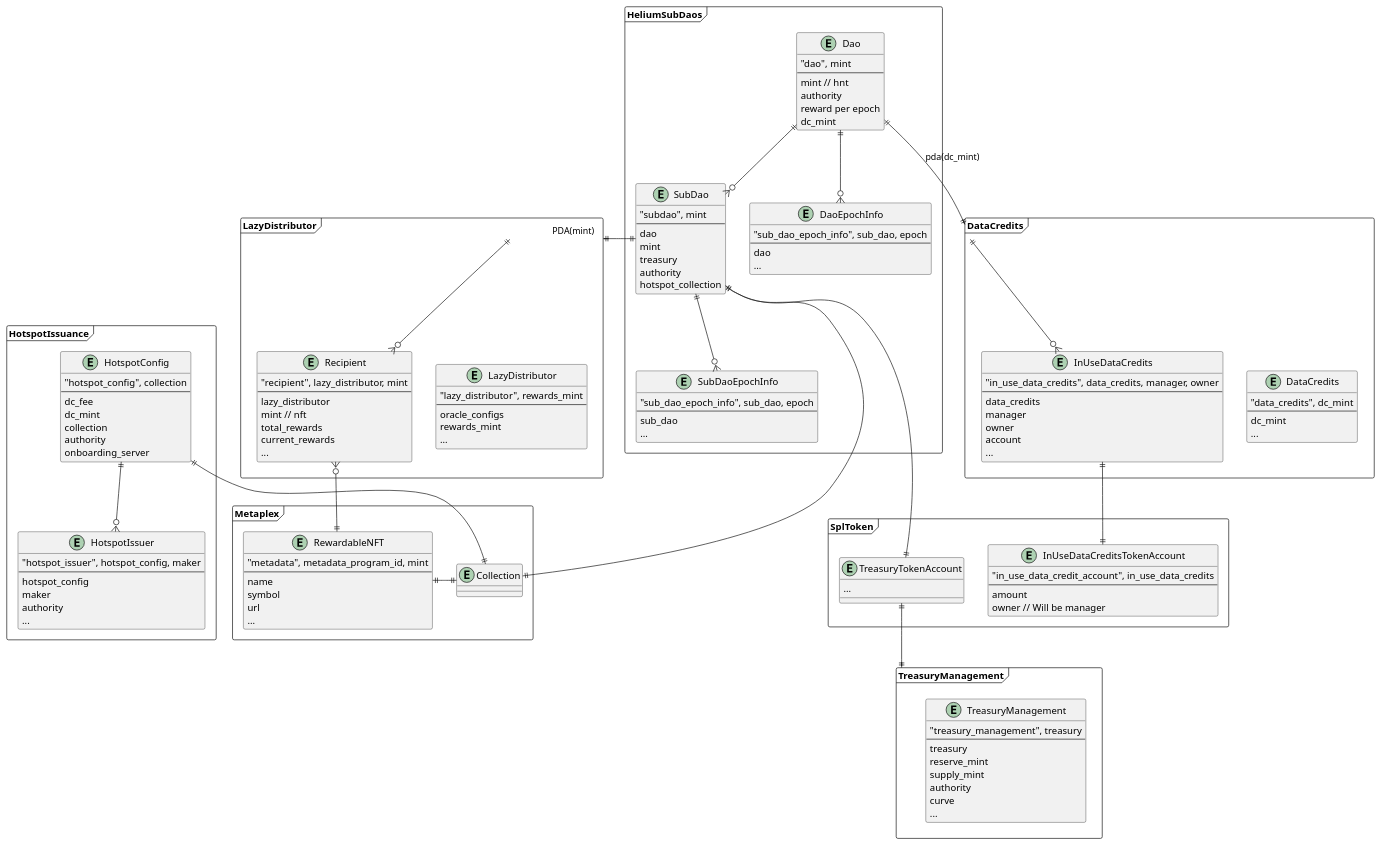
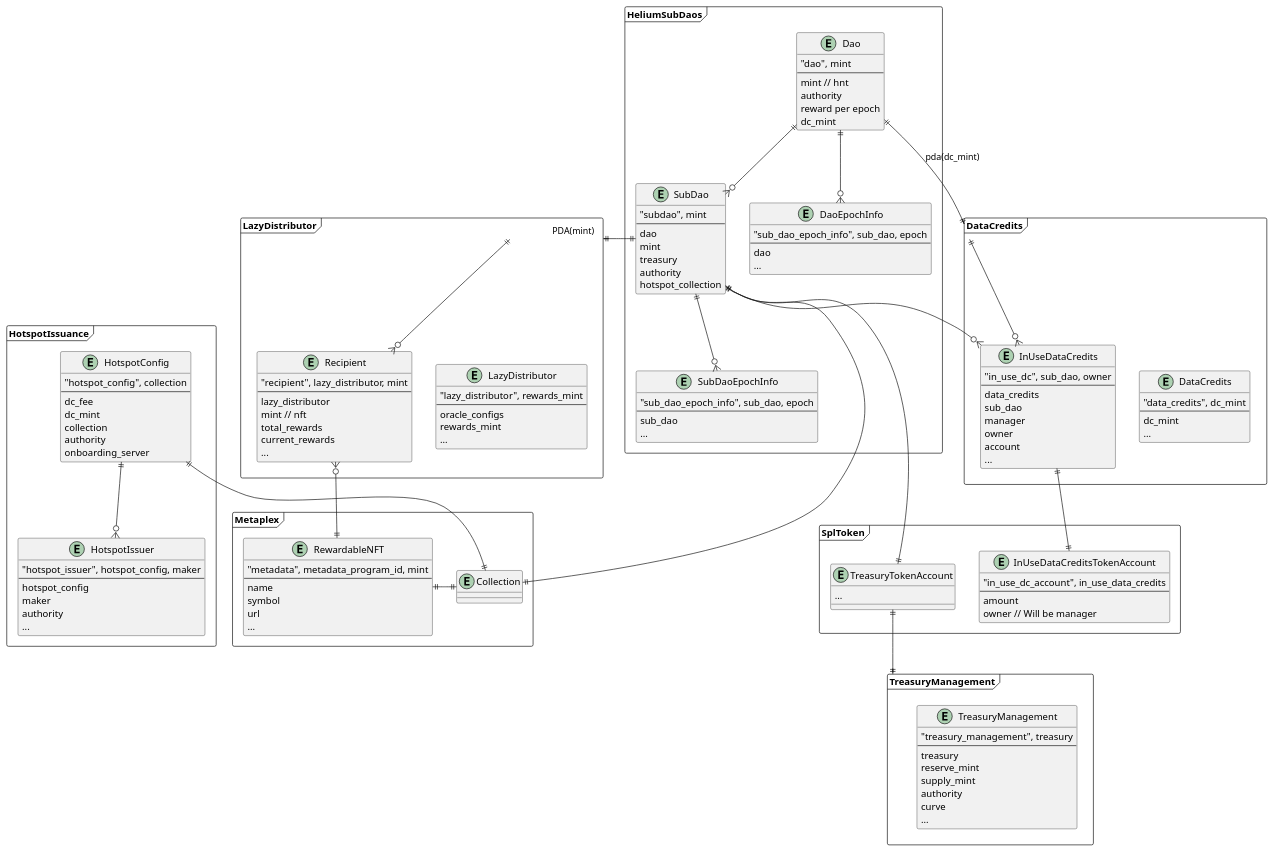
Before and after one commit to helium/helium-program-library: the diagram in diagrams/erd.puml, drawn with PlantUML. The commit also changed 25 other files, not shown here.

Commit message:
New in use data credits model

```diff
--- a/diagrams/erd.puml
+++ b/diagrams/erd.puml
@@ -1,164 +1,167 @@
 @startuml
 
 frame HeliumSubDaos {
   entity Dao {
     "dao", mint
     --
     mint // hnt
     authority
     reward per epoch
     dc_mint
   }
 
   entity SubDao {
     "subdao", mint
     --
     dao
     mint
     treasury
     authority
     hotspot_collection
   }
 
   entity DaoEpochInfo {
     "sub_dao_epoch_info", sub_dao, epoch
     --
     dao
     ...
   }
 
   entity SubDaoEpochInfo {
     "sub_dao_epoch_info", sub_dao, epoch
     --
     sub_dao
     ...
   }
 }
 
 frame DataCredits {
   entity DataCredits {
     "data_credits", dc_mint
     --
     dc_mint
     ...
   }
 
   entity InUseDataCredits {
-    "in_use_data_credits", data_credits, manager, owner
+    "in_use_dc", sub_dao, owner
     --
     data_credits
+    sub_dao
     manager
     owner
     account
     ...
   }
 }
 
 frame SplToken {
   entity InUseDataCreditsTokenAccount {
-    "in_use_data_credit_account", in_use_data_credits
+    "in_use_dc_account", in_use_data_credits
     --
     amount
     owner // Will be manager
   }
 
   entity TreasuryTokenAccount {
     ...
   }
 }
 
 frame HotspotIssuance {
   entity HotspotConfig {
     "hotspot_config", collection
     --
     dc_fee
     dc_mint
     collection
     authority
     onboarding_server
   }
 
   entity HotspotIssuer {
     "hotspot_issuer", hotspot_config, maker
     --
     hotspot_config
     maker
     authority
     ...
   }
 }
 
 frame LazyDistributor {
   entity LazyDistributor {
     "lazy_distributor", rewards_mint
     --
     oracle_configs
     rewards_mint
     ...
   }
 
   entity Recipient {
     "recipient", lazy_distributor, mint
     ---
     lazy_distributor
     mint // nft
     total_rewards
     current_rewards
     ...
   }
 }
 
 frame Metaplex {
   entity Collection
   entity RewardableNFT {
     "metadata", metadata_program_id, mint
     --
     name
     symbol
     url
     ...
   }
 }
 
 
 frame TreasuryManagement {
   entity TreasuryManagement {
     "treasury_management", treasury
     --
     treasury
     reserve_mint
     supply_mint
     authority
     curve
     ...
   }
 }
 
 DataCredits  ||--o{ InUseDataCredits
 InUseDataCredits ||--|| InUseDataCreditsTokenAccount
 
+SubDao ||--o{ InUseDataCredits
+
 SubDao ||--|| TreasuryTokenAccount
 TreasuryTokenAccount ||--|| TreasuryManagement
 
 Dao ||--|| DataCredits : pda(dc_mint)
 
 
 SubDao ||-|| LazyDistributor : PDA(mint)
 
 SubDao ||-|| Collection
 
 
 Dao ||--o{ SubDao
 Dao ||--o{ DaoEpochInfo 
 SubDao ||--o{ SubDaoEpochInfo
 
 HotspotConfig ||--o{ HotspotIssuer
 HotspotConfig ||--|| Collection
 
 LazyDistributor ||--o{ Recipient
 
 Recipient }o--|| RewardableNFT
 
 RewardableNFT ||-|| Collection
 
 @enduml
```
